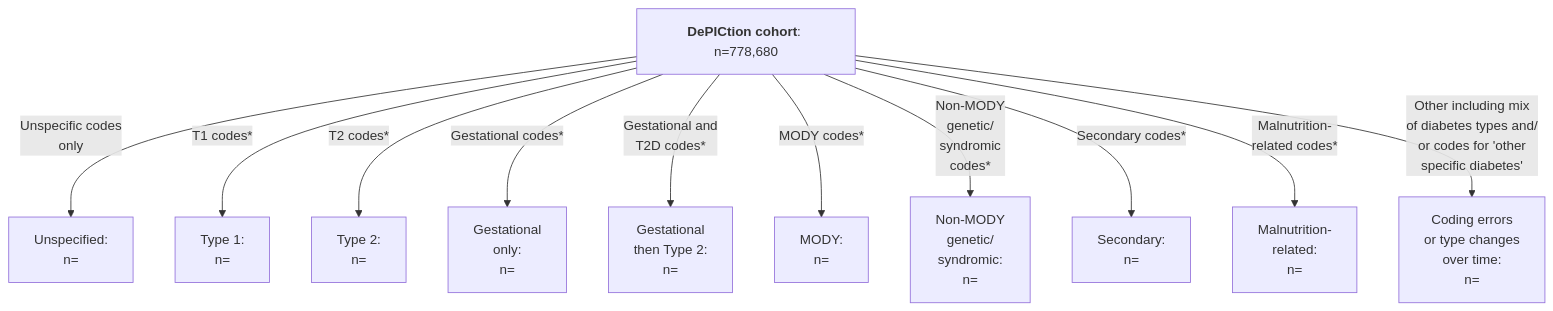
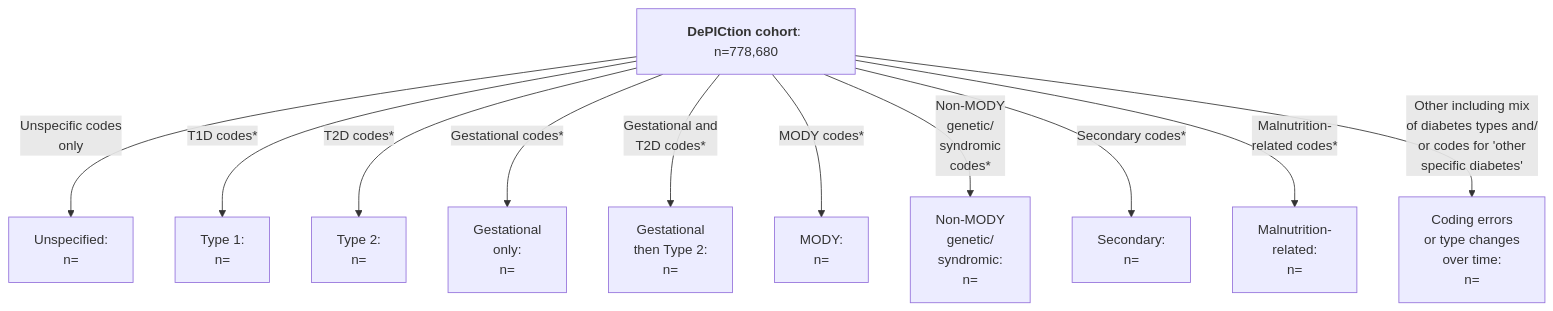
One commit to Exeter-Diabetes/CPRD-Katie-DePICtion-Scripts changed the second of 2 diagrams in README.md. Above: the diagram before and after it, drawn with Mermaid.

````diff
--- a/README.md
+++ b/README.md
@@ -51,13 +51,13 @@
 ```mermaid
 graph TD;
     A["<b>DePICtion cohort</b>: n=778,680"] --> |"Unspecific codes <br>only"| B["Unspecified: <br>n="]
-    A --> |"T1 codes*"| C["Type 1: <br>n="]
-    A --> |"T2 codes*"| D["Type 2: <br>n="]
+    A --> |"T1D codes*"| C["Type 1: <br>n="]
+    A --> |"T2D codes*"| D["Type 2: <br>n="]
     A --> |"Gestational codes*"| E["Gestational <br>only: <br>n="]
     A --> |"Gestational and <br>T2D codes*"| F["Gestational <br>then Type 2: <br>n="]
     A --> |"MODY codes*"| G["MODY: <br>n="]
     A --> |"Non-MODY <br>genetic/<br>syndromic <br>codes*"| H["Non-MODY <br>genetic/<br>syndromic: <br>n="]
     A --> |"Secondary codes*"| I["Secondary: <br>n="]
     A --> |"Malnutrition-<br>related codes*"| J["Malnutrition-<br>related: <br>n="]
     A --> |"Other including mix <br>of diabetes types and/<br>or codes for 'other <br>specific diabetes'"| K["Coding errors <br>or type changes<br> over time: <br>n="]
 ```
````
